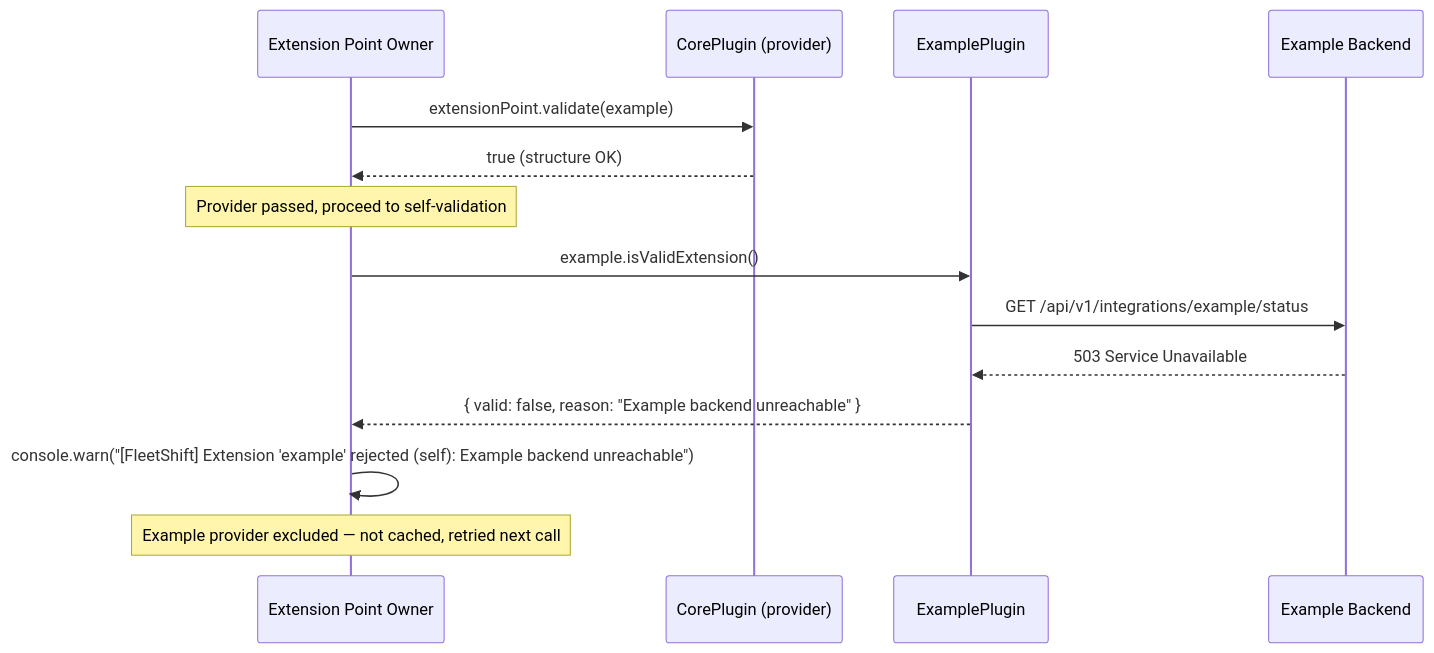
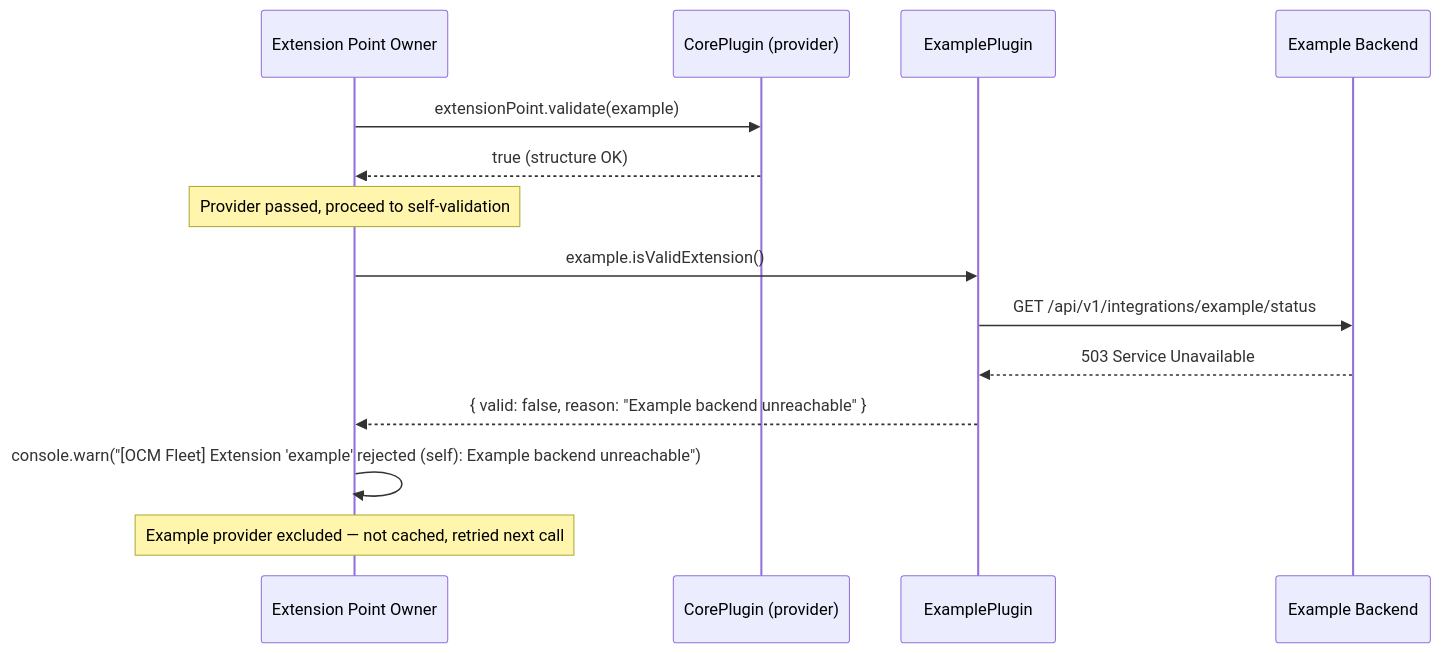
The fourth of 4 diagrams in docs/ui/extension-validation.md (fleetshift/fleetshift-poc), drawn with Mermaid before and after one commit. The commit also changed other lines of this file and 1079 other files, not shown here.

First line of the commit message:
FM-100: Rename retained repository for experimental OCM Fleet (#191)

````diff
--- a/docs/ui/extension-validation.md
+++ b/docs/ui/extension-validation.md
@@ -586,18 +586,18 @@
 ```mermaid
 sequenceDiagram
     participant EPOwner as Extension Point Owner
     participant Core as CorePlugin (provider)
     participant ExampleProvider as ExamplePlugin
     participant Backend as Example Backend
 
     EPOwner->>Core: extensionPoint.validate(example)
     Core-->>EPOwner: true (structure OK)
 
     Note over EPOwner: Provider passed, proceed to self-validation
     EPOwner->>ExampleProvider: example.isValidExtension()
     ExampleProvider->>Backend: GET /api/v1/integrations/example/status
     Backend-->>ExampleProvider: 503 Service Unavailable
     ExampleProvider-->>EPOwner: { valid: false, reason: "Example backend unreachable" }
-    EPOwner->>EPOwner: console.warn("[FleetShift] Extension 'example' rejected (self): Example backend unreachable")
+    EPOwner->>EPOwner: console.warn("[OCM Fleet] Extension 'example' rejected (self): Example backend unreachable")
     Note over EPOwner: Example provider excluded — not cached, retried next call
 ```
````
